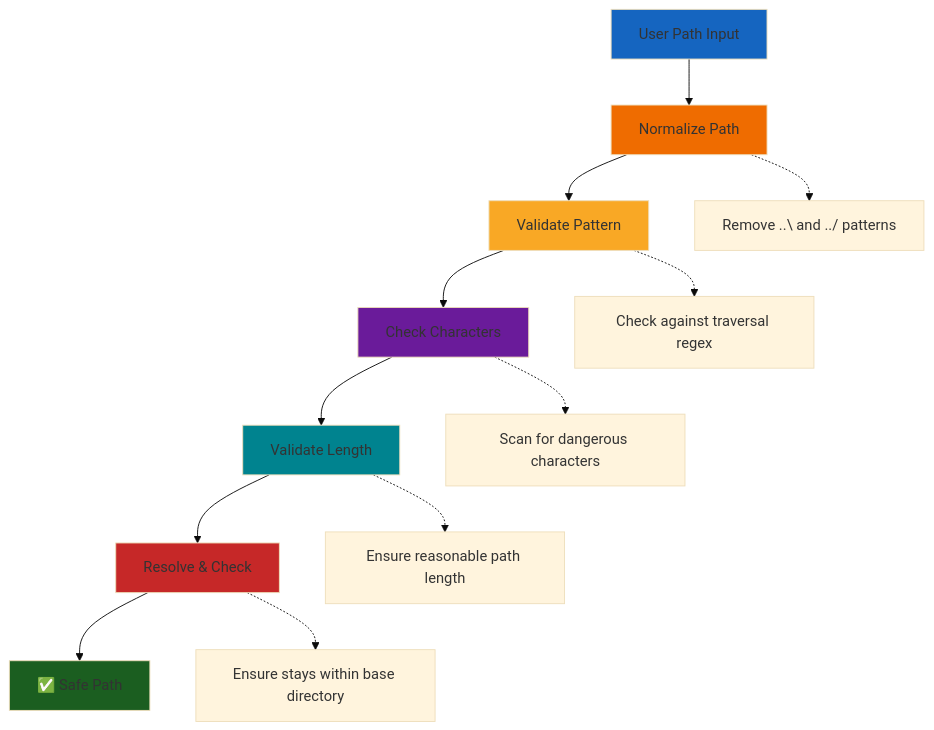
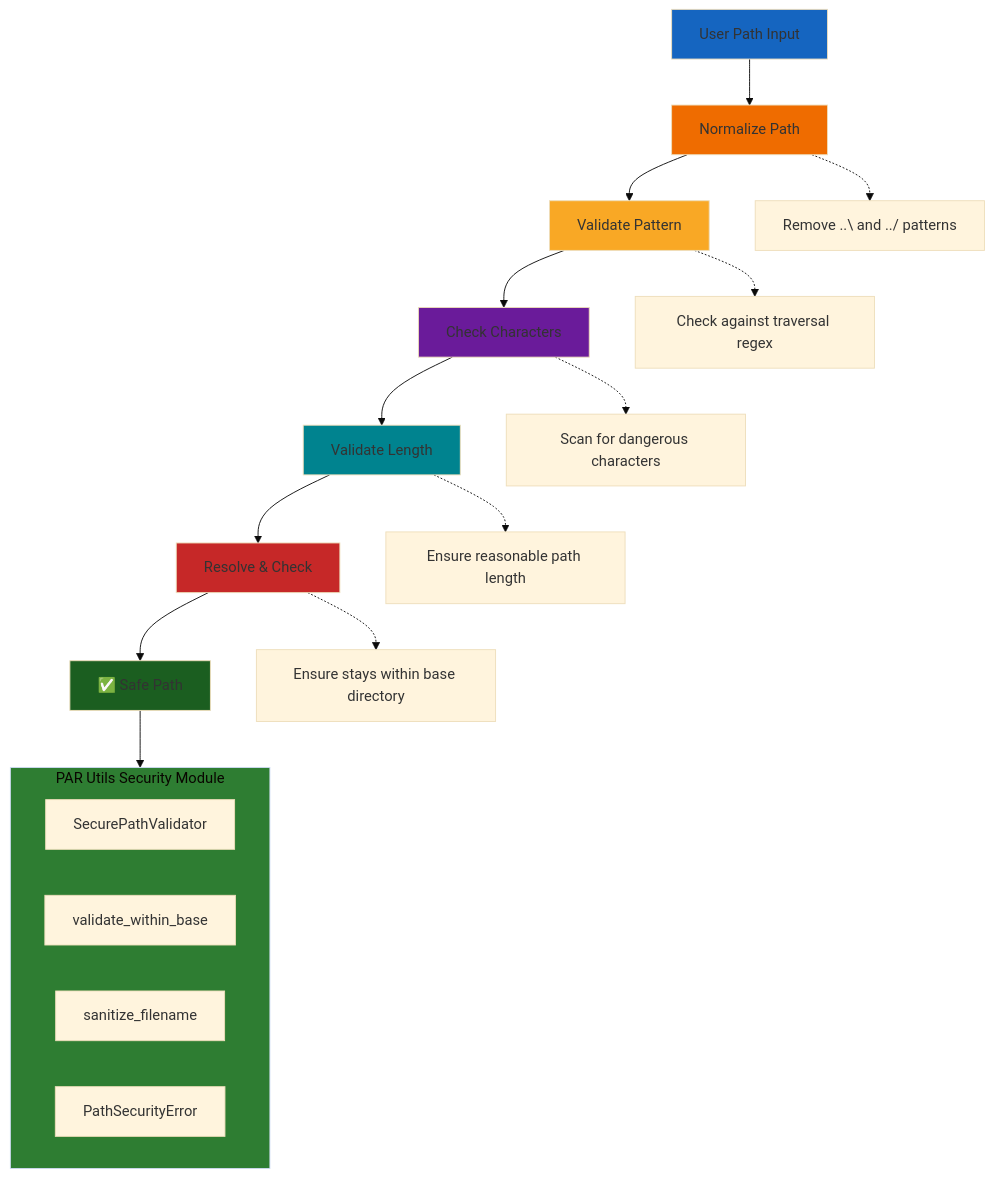
Before and after one commit to paulrobello/par_gpt: the tenth of 14 diagrams in ARCHITECTURE.md, drawn with Mermaid (base theme). The commit also changed other lines of this file and 46 other files, not shown here.

````diff
--- a/ARCHITECTURE.md
+++ b/ARCHITECTURE.md
@@ -457,29 +510,39 @@
 ```mermaid
 flowchart TD
     A[User Path Input] --> B[Normalize Path]
     B --> C[Validate Pattern]
     C --> D[Check Characters]
     D --> E[Validate Length]
     E --> F[Resolve & Check]
     F --> G[✅ Safe Path]
     
     B1["Remove ..\ and ../ patterns"]
     C1["Check against traversal regex"]
     D1["Scan for dangerous characters"]
     E1["Ensure reasonable path length"]
     F1["Ensure stays within base directory"]
     
     B -.-> B1
     C -.-> C1
     D -.-> D1
     E -.-> E1
     F -.-> F1
     
+    subgraph ParUtils ["PAR Utils Security Module"]
+        H[SecurePathValidator]
+        I[validate_within_base]
+        J[sanitize_filename]
+        K[PathSecurityError]
+    end
+    
+    G --> ParUtils
+    
     style A fill:#1565c0
     style G fill:#1b5e20
     style B fill:#ef6c00
     style C fill:#f9a825
     style D fill:#6a1b9a
     style E fill:#00838f
     style F fill:#c62828
+    style ParUtils fill:#2e7d32
 ```
````
